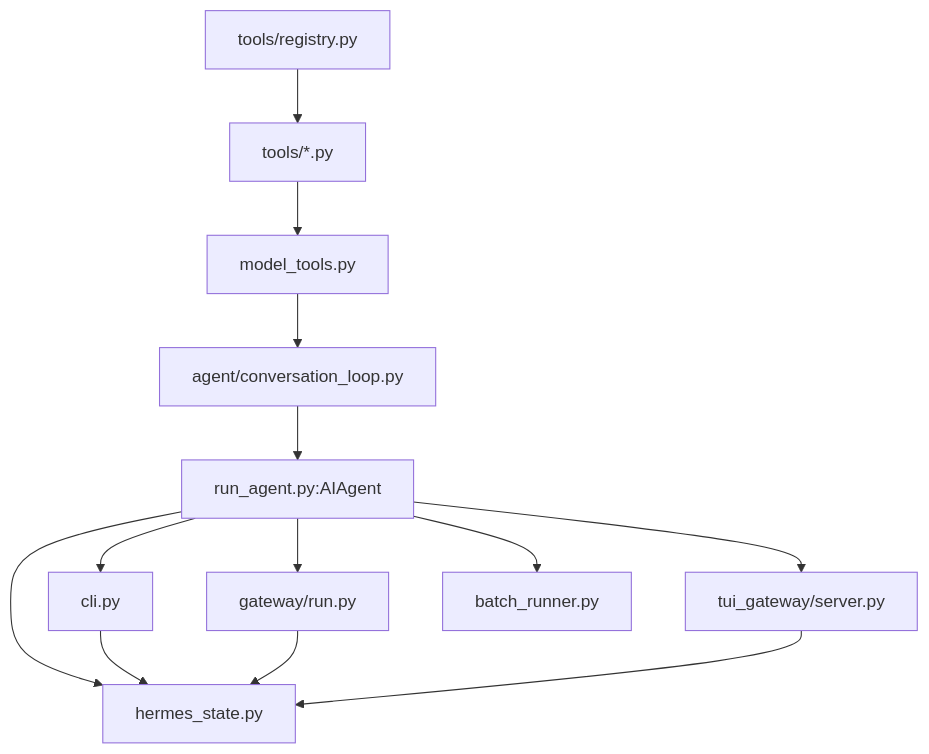
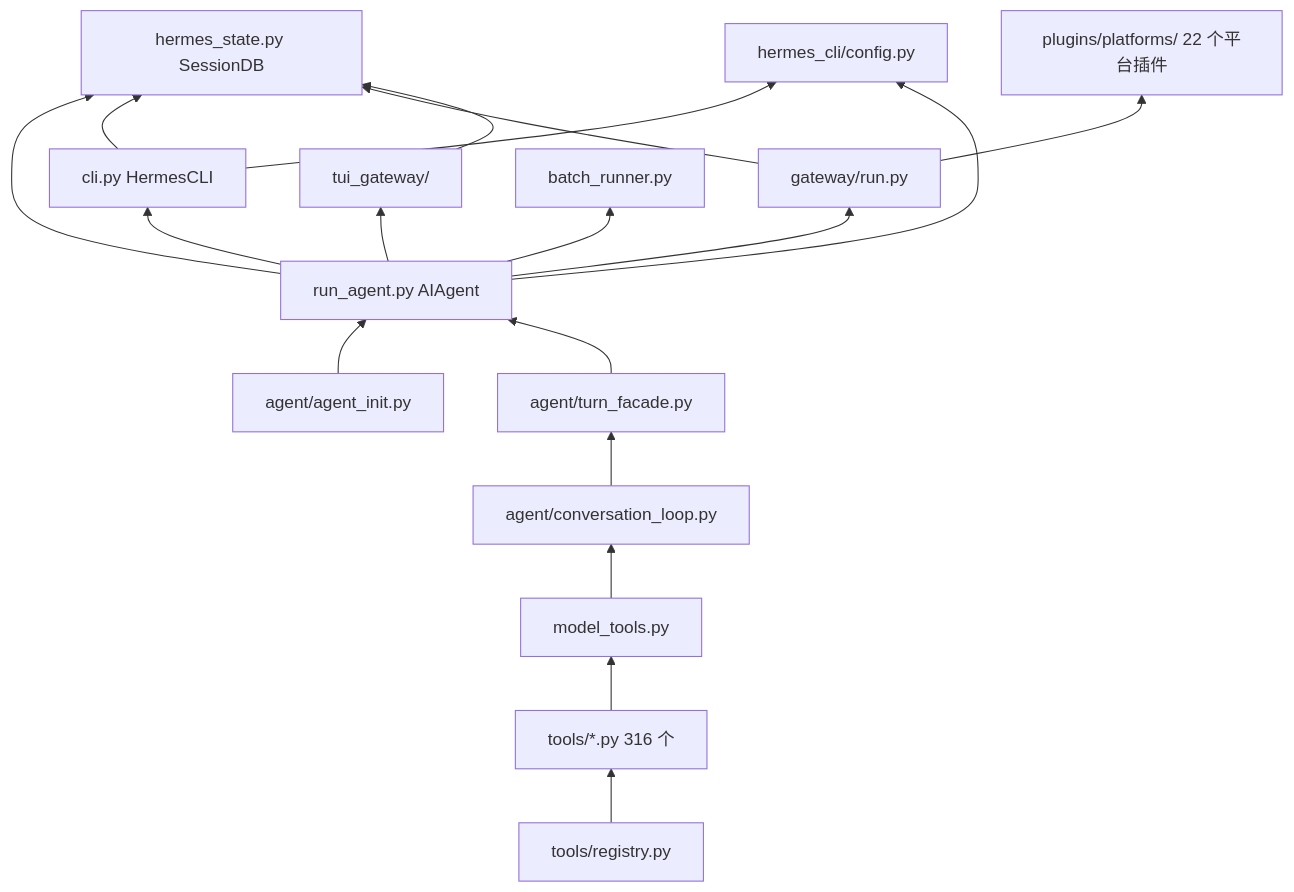
The diagram in docs/sourceReader/15-源码索引与覆盖矩阵.md (adrian9778/hermes-agent), drawn with Mermaid before and after one commit. The commit also changed other lines of this file and 22 other files, not shown here.

````diff
--- a/docs/sourceReader/15-源码索引与覆盖矩阵.md
+++ b/docs/sourceReader/15-源码索引与覆盖矩阵.md
@@ -74,15 +129,20 @@
 ```mermaid
-flowchart TD
-    REG[tools/registry.py] --> TOOLS[tools/*.py]
+flowchart BT
+    REG[tools/registry.py] --> TOOLS[tools/*.py 316 个]
     TOOLS --> MT[model_tools.py]
     MT --> LOOP[agent/conversation_loop.py]
-    LOOP --> RA[run_agent.py:AIAgent]
-    RA --> CLI[cli.py]
-    RA --> TUI[tui_gateway/server.py]
+    AINIT[agent/agent_init.py] --> RA[run_agent.py AIAgent]
+    LOOP --> FACADE[agent/turn_facade.py]
+    FACADE --> RA
+    RA --> CLI[cli.py HermesCLI]
+    RA --> TUI[tui_gateway/]
     RA --> GW[gateway/run.py]
     RA --> BATCH[batch_runner.py]
-    RA --> DB[hermes_state.py]
+    RA --> DB[hermes_state.py SessionDB]
     CLI --> DB
     GW --> DB
     TUI --> DB
+    GW --> PLAT[plugins/platforms/ 22 个平台插件]
+    CLI --> CFG[hermes_cli/config.py]
+    RA --> CFG
 ```
````
